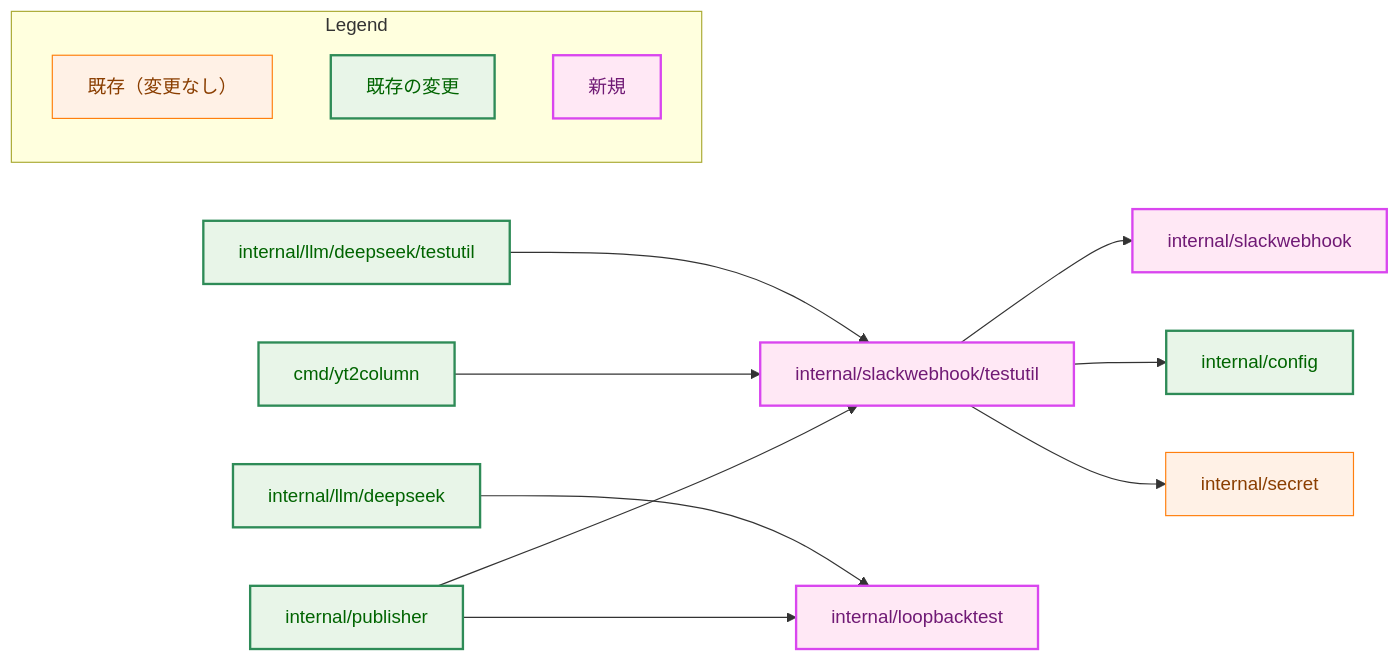
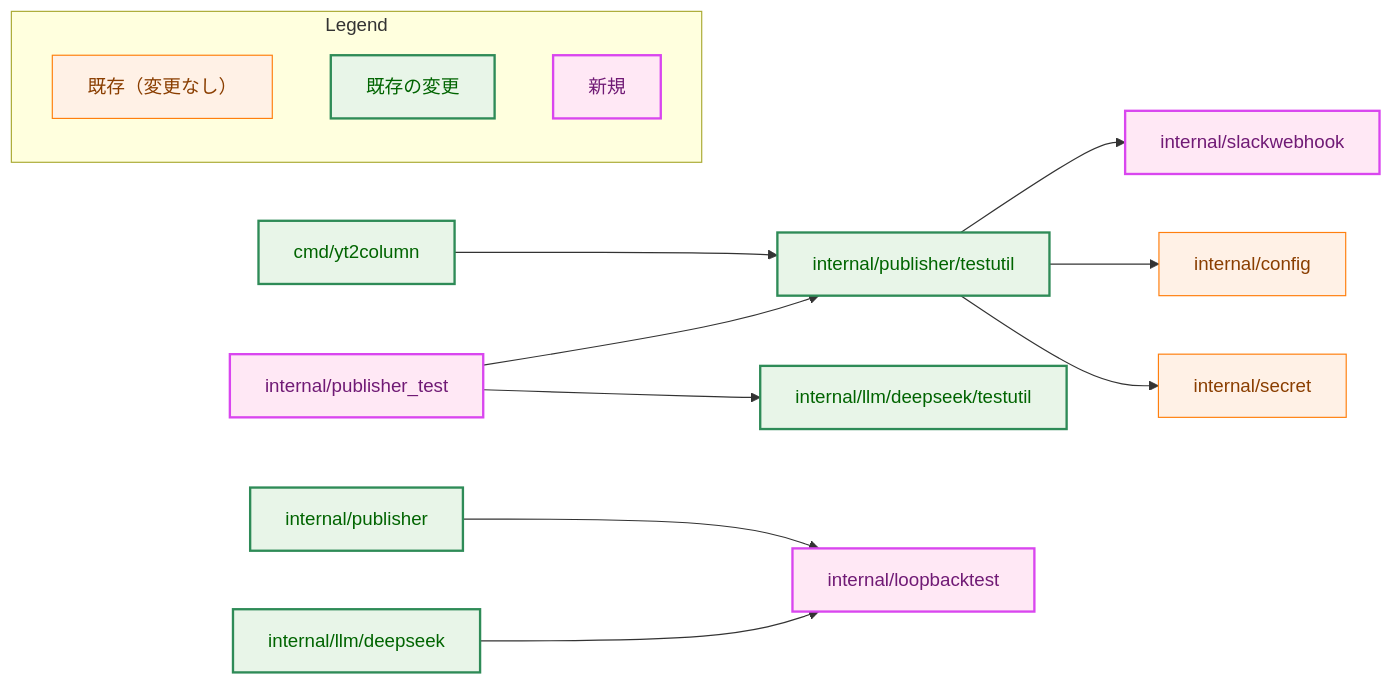
The third of 7 diagrams in docs/tasks/0006_slack_webhook_publisher/02_architecture.md (isseis/yt2column), drawn with Mermaid before and after one commit. The commit also changed other lines of this file, not shown here.

First line of the commit message:
docs(0006): rewrite the architecture for the Slack-compatible webhook

````diff
--- a/docs/tasks/0006_slack_webhook_publisher/02_architecture.md
+++ b/docs/tasks/0006_slack_webhook_publisher/02_architecture.md
@@ -145,38 +151,39 @@
 ```mermaid
 flowchart LR
     classDef process fill:#fff1e6,stroke:#ff7f0e,stroke-width:1px,color:#8a3e00;
     classDef enhanced fill:#e8f5e8,stroke:#2e8b57,stroke-width:2px,color:#006400;
     classDef newpkg fill:#ffe8f5,stroke:#d946ef,stroke-width:2px,color:#701a75;
 
     MAIN["cmd/yt2column"]
     PUB["internal/publisher"]
+    PUBX["internal/publisher_test"]
+    PUBTU["internal/publisher/testutil"]
     DS["internal/llm/deepseek"]
     DSTU["internal/llm/deepseek/testutil"]
-    SWTU["internal/slackwebhook/testutil"]
     LB["internal/loopbacktest"]
     SW["internal/slackwebhook"]
     CFG["internal/config"]
     SEC["internal/secret"]
 
     PUB --> LB
     DS --> LB
-    PUB --> SWTU
-    MAIN --> SWTU
-    DSTU --> SWTU
-    SWTU --> SW
-    SWTU --> CFG
-    SWTU --> SEC
+    PUBX --> PUBTU
+    PUBX --> DSTU
+    MAIN --> PUBTU
+    PUBTU --> SW
+    PUBTU --> CFG
+    PUBTU --> SEC
 
-    class SEC process
-    class MAIN,PUB,DS,DSTU,CFG enhanced
-    class SWTU,LB,SW newpkg
+    class SEC,CFG process
+    class MAIN,PUB,PUBTU,DS,DSTU enhanced
+    class PUBX,LB,SW newpkg
 
     subgraph Legend["Legend"]
         L2["既存（変更なし）"]
         L3["既存の変更"]
         L4["新規"]
     end
     class L2 process
     class L3 enhanced
     class L4 newpkg
 ```
````
